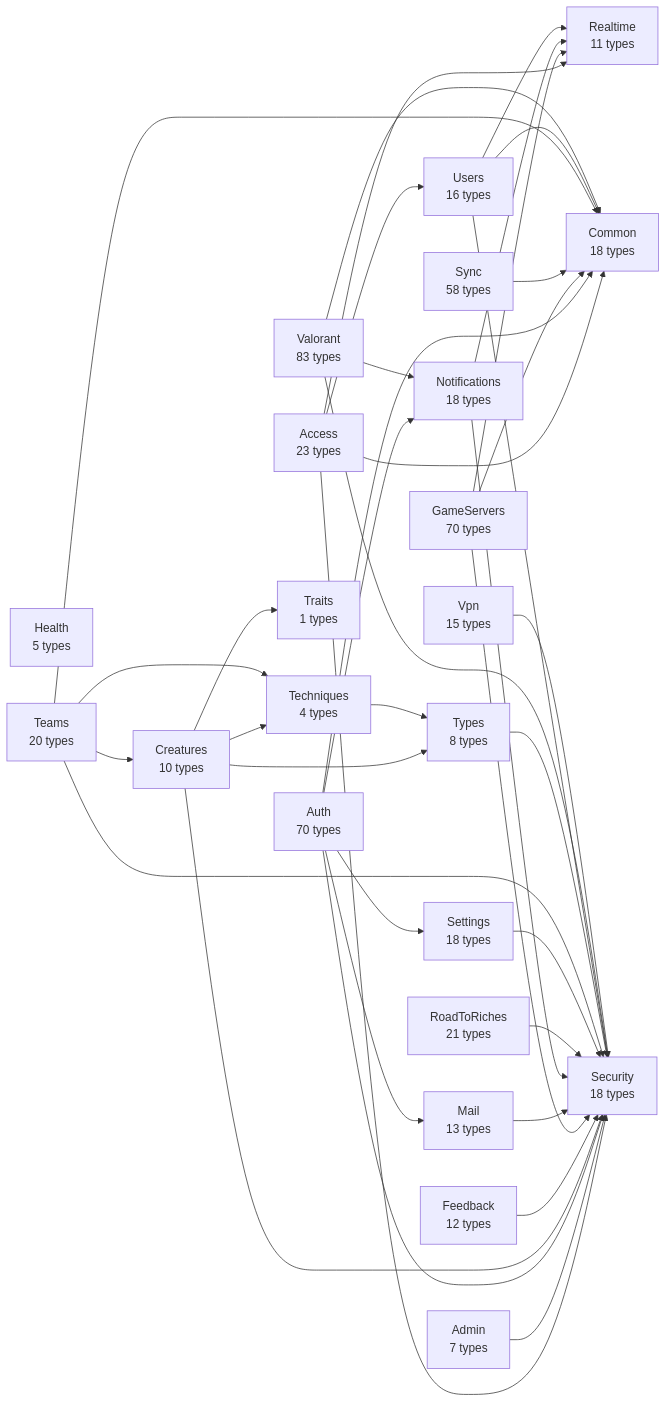
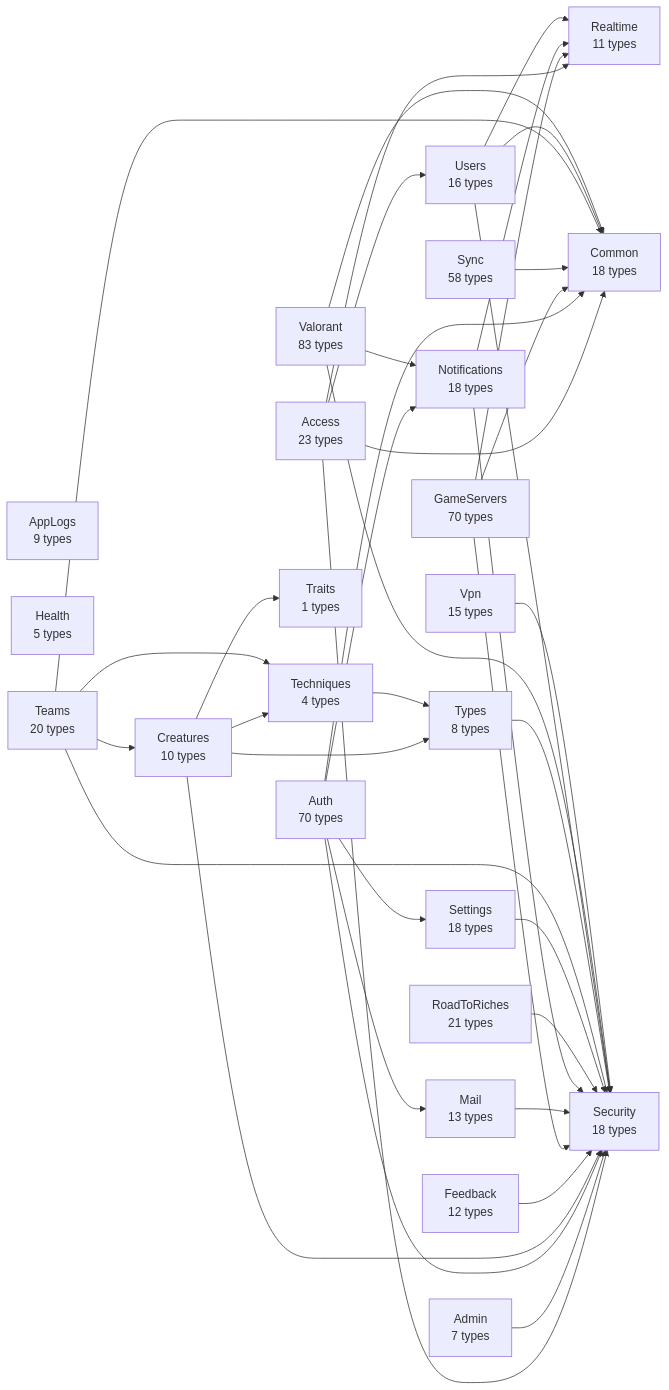
One commit to huiitre/Tools-app changed the diagram in api/docs/diagrams/00-modules.md. Above: the diagram before and after it, drawn with Mermaid. The commit also changed 18 other files, not shown here.

````diff
--- a/api/docs/diagrams/00-modules.md
+++ b/api/docs/diagrams/00-modules.md
@@ -5,62 +5,63 @@
 ```mermaid
 flowchart LR
   Access["Access<br/>23 types"]
   Admin["Admin<br/>7 types"]
+  AppLogs["AppLogs<br/>9 types"]
   Auth["Auth<br/>70 types"]
   Common["Common<br/>18 types"]
   Creatures["Creatures<br/>10 types"]
   Feedback["Feedback<br/>12 types"]
   GameServers["GameServers<br/>70 types"]
   Health["Health<br/>5 types"]
   Mail["Mail<br/>13 types"]
   Notifications["Notifications<br/>18 types"]
   Realtime["Realtime<br/>11 types"]
   RoadToRiches["RoadToRiches<br/>21 types"]
   Security["Security<br/>18 types"]
   Settings["Settings<br/>18 types"]
   Sync["Sync<br/>58 types"]
   Teams["Teams<br/>20 types"]
   Techniques["Techniques<br/>4 types"]
   Traits["Traits<br/>1 types"]
   Types["Types<br/>8 types"]
   Users["Users<br/>16 types"]
   Valorant["Valorant<br/>83 types"]
   Vpn["Vpn<br/>15 types"]
   Access --> Common
   Access --> Realtime
   Access --> Security
   Access --> Users
   Admin --> Security
   Auth --> Common
   Auth --> Mail
   Auth --> Notifications
   Auth --> Security
   Auth --> Settings
   Creatures --> Security
   Creatures --> Techniques
   Creatures --> Traits
   Creatures --> Types
   Feedback --> Security
   GameServers --> Common
   GameServers --> Realtime
   GameServers --> Security
   Mail --> Security
   Notifications --> Realtime
   Notifications --> Security
   RoadToRiches --> Security
   Settings --> Security
   Sync --> Common
   Teams --> Common
   Teams --> Creatures
   Teams --> Security
   Teams --> Techniques
   Techniques --> Types
   Types --> Security
   Users --> Common
   Users --> Realtime
   Users --> Security
   Valorant --> Common
   Valorant --> Notifications
   Valorant --> Security
   Vpn --> Security
 ```
````
